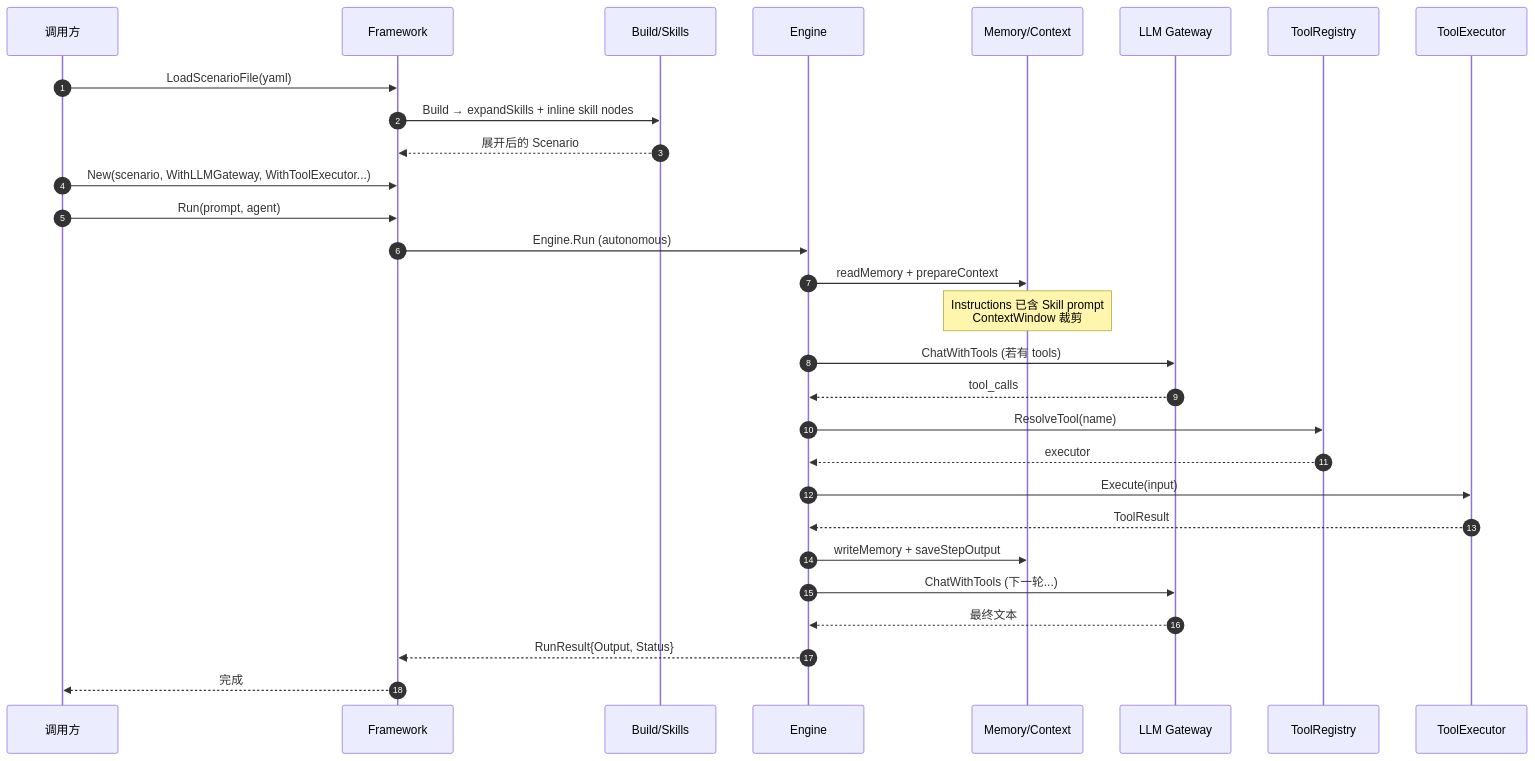
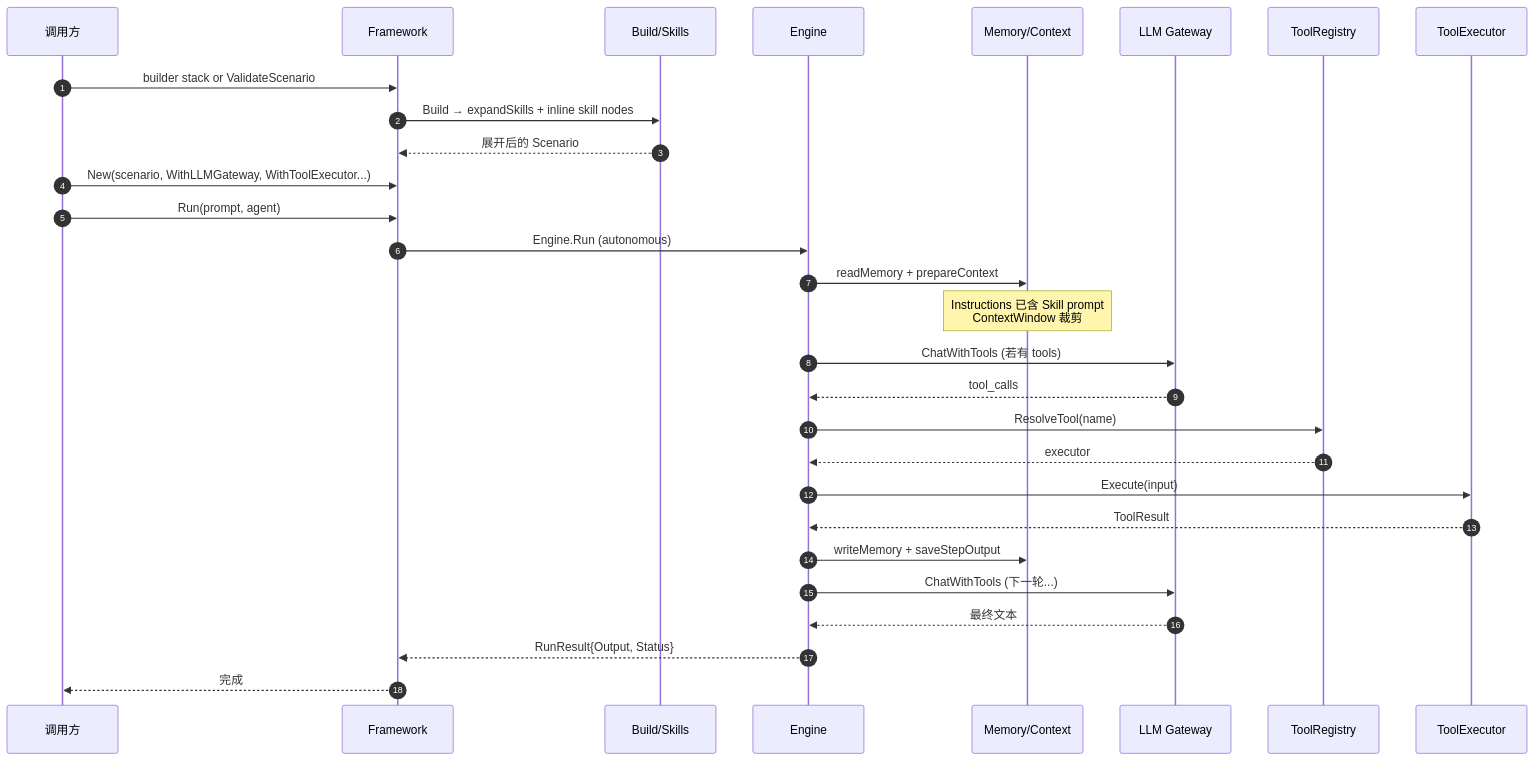
Before and after one commit to aijustin/agentflow-go: the eighth of 11 diagrams in docs/orchestration-flow.md, drawn with Mermaid. The commit also changed other lines of this file and 97 other files, not shown here.

````diff
--- a/docs/orchestration-flow.md
+++ b/docs/orchestration-flow.md
@@ -269,33 +269,33 @@
 ```mermaid
 sequenceDiagram
     autonumber
     participant U as 调用方
     participant F as Framework
     participant B as Build/Skills
     participant E as Engine
     participant M as Memory/Context
     participant L as LLM Gateway
     participant T as ToolRegistry
     participant X as ToolExecutor
 
-    U->>F: LoadScenarioFile(yaml)
+    U->>F: builder stack or ValidateScenario
     F->>B: Build → expandSkills + inline skill nodes
     B-->>F: 展开后的 Scenario
     U->>F: New(scenario, WithLLMGateway, WithToolExecutor...)
     U->>F: Run(prompt, agent)
 
     F->>E: Engine.Run (autonomous)
     E->>M: readMemory + prepareContext
     Note over M: Instructions 已含 Skill prompt<br/>ContextWindow 裁剪
     E->>L: ChatWithTools (若有 tools)
     L-->>E: tool_calls
     E->>T: ResolveTool(name)
     T-->>E: executor
     E->>X: Execute(input)
     X-->>E: ToolResult
     E->>M: writeMemory + saveStepOutput
     E->>L: ChatWithTools (下一轮...)
     L-->>E: 最终文本
     E-->>F: RunResult{Output, Status}
     F-->>U: 完成
 ```
````
